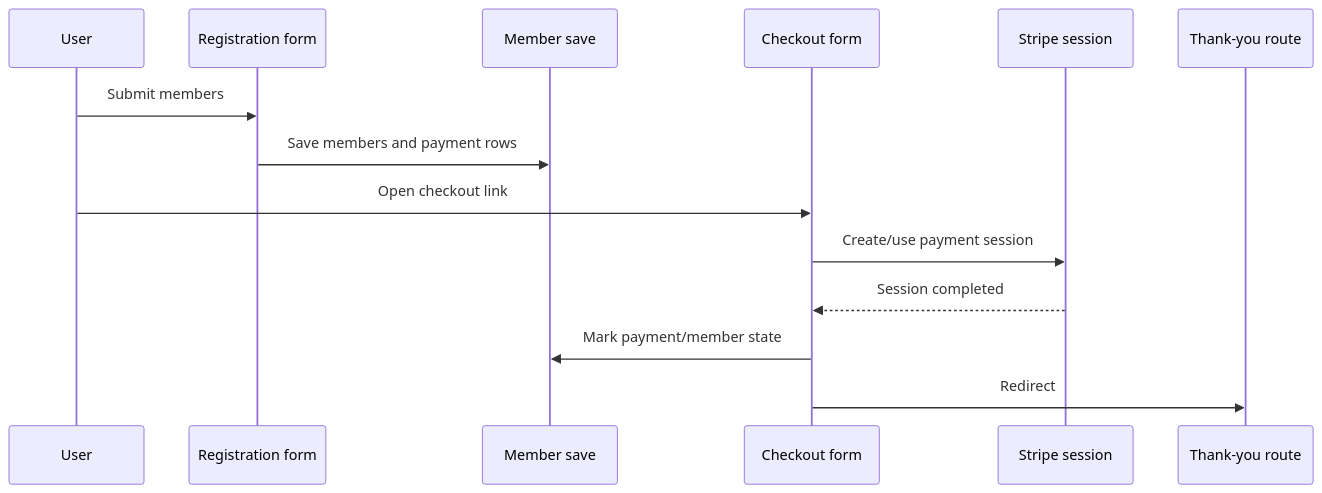
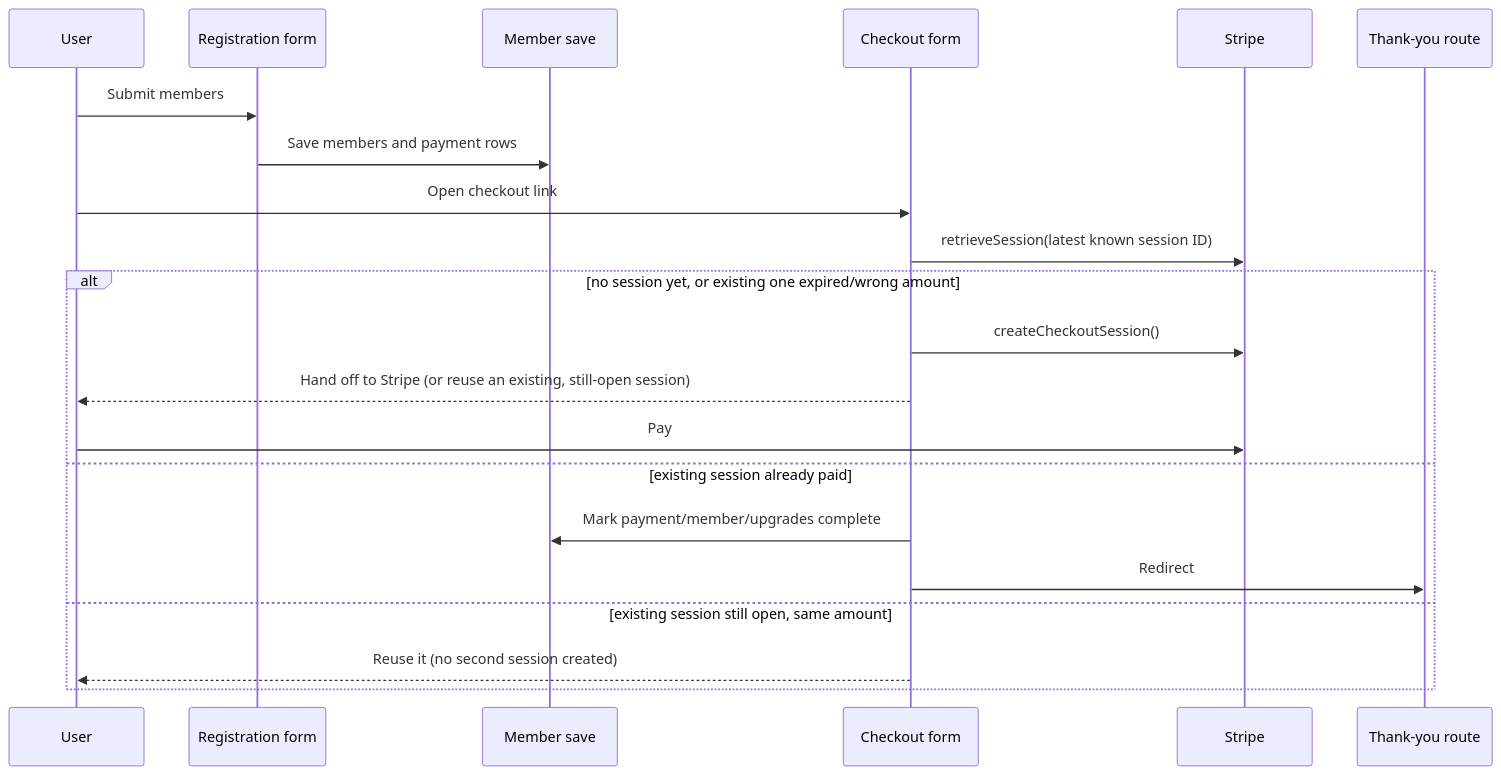
One commit to smofconlisbon/conreg changed the diagram in docs/architecture/registration-flow.md. Above: the diagram before and after it, drawn with Mermaid. The commit also changed other lines of this file and 13 other files, not shown here.

First line of the commit message:
bug: #3596648 Member sometimes shows unpaid even though payment completed

````diff
--- a/docs/architecture/registration-flow.md
+++ b/docs/architecture/registration-flow.md
@@ -15,16 +15,23 @@
 ```mermaid
 sequenceDiagram
   participant U as User
   participant R as Registration form
   participant M as Member save
   participant C as Checkout form
-  participant S as Stripe session
+  participant S as Stripe
   participant T as Thank-you route
   U->>R: Submit members
   R->>M: Save members and payment rows
   U->>C: Open checkout link
-  C->>S: Create/use payment session
-  S-->>C: Session completed
-  C->>M: Mark payment/member state
-  C->>T: Redirect
+  C->>S: retrieveSession(latest known session ID)
+  alt no session yet, or existing one expired/wrong amount
+    C->>S: createCheckoutSession()
+    C-->>U: Hand off to Stripe (or reuse an existing, still-open session)
+    U->>S: Pay
+  else existing session already paid
+    C->>M: Mark payment/member/upgrades complete
+    C->>T: Redirect
+  else existing session still open, same amount
+    C-->>U: Reuse it (no second session created)
+  end
 ```
````
